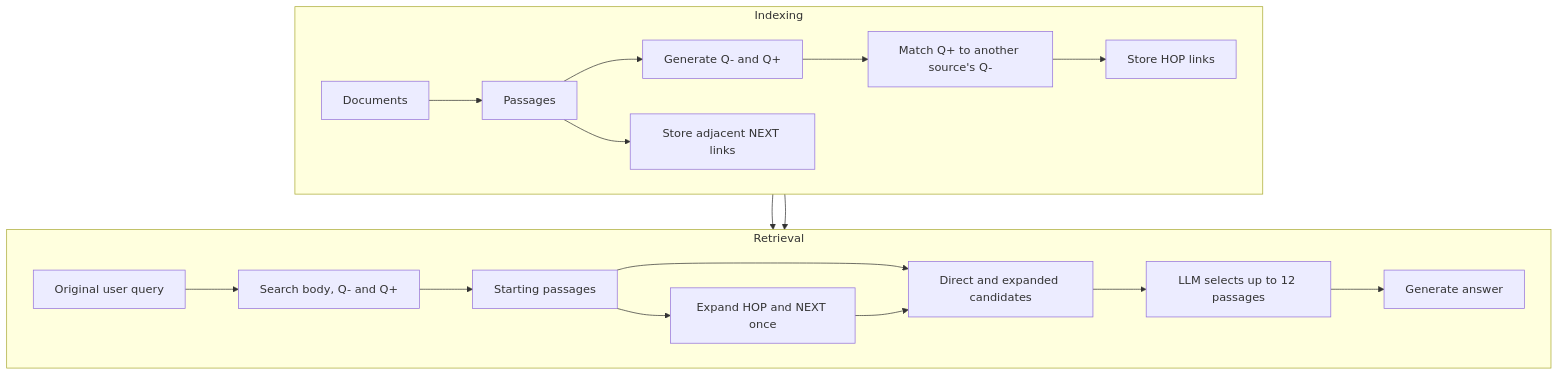
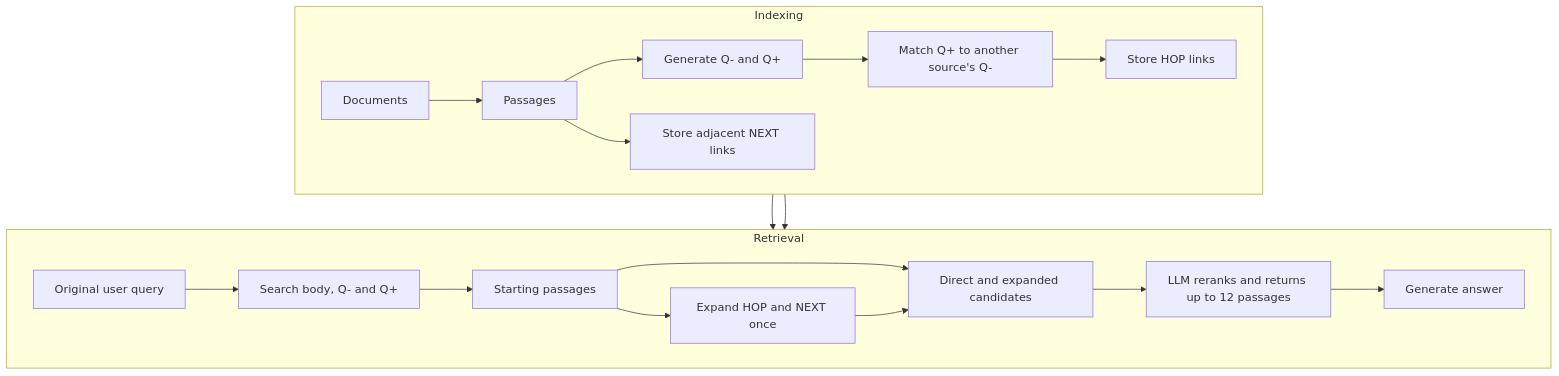
The diagram in README.md (YEUNU/PreHop), drawn with Mermaid before and after one commit. The commit also changed other lines of this file and 9 other files, not shown here.

````diff
--- a/README.md
+++ b/README.md
@@ -32,23 +46,23 @@
 ```mermaid
 flowchart TB
     subgraph Indexing
         direction LR
         D[Documents] --> P[Passages]
         P --> Q[Generate Q- and Q+]
         Q --> M[Match Q+ to another source's Q-]
         M --> H[Store HOP links]
         P --> N[Store adjacent NEXT links]
     end
     subgraph Retrieval
         direction LR
         U[Original user query] --> R[Search body, Q- and Q+]
         R --> S[Starting passages]
         S --> E[Expand HOP and NEXT once]
         S --> C[Direct and expanded candidates]
         E --> C
-        C --> L[LLM selects up to 12 passages]
+        C --> L[LLM reranks and returns up to 12 passages]
         L --> A[Generate answer]
     end
     H --> E
     N --> E
 ```
````
